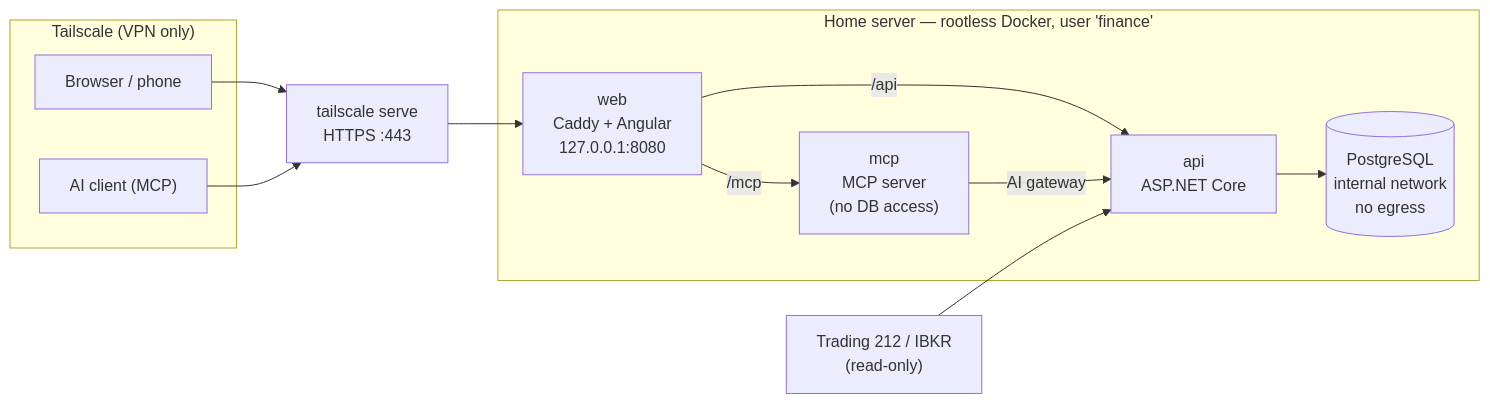
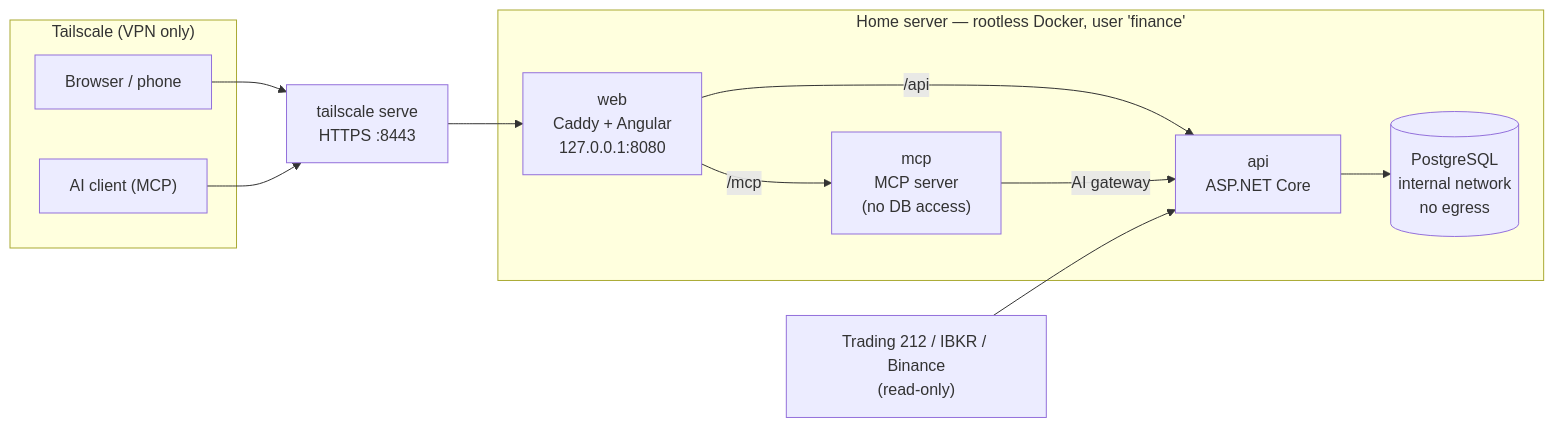
One commit to joaoguimaraespro/personal-finance changed the diagram in README.md. Above: the diagram before and after it, drawn with Mermaid. The commit also changed other lines of this file and 24 other files, not shown here.

````diff
--- a/README.md
+++ b/README.md
@@ -64,22 +104,22 @@
 ```mermaid
 flowchart LR
   subgraph Tailnet["Tailscale (VPN only)"]
     Browser["Browser / phone"]
     AI["AI client (MCP)"]
   end
-  TS["tailscale serve\nHTTPS :443"]
+  TS["tailscale serve\nHTTPS :8443"]
   Browser --> TS
   AI --> TS
   subgraph Host["Home server — rootless Docker, user 'finance'"]
     Web["web\nCaddy + Angular\n127.0.0.1:8080"]
     API["api\nASP.NET Core"]
     DB[("PostgreSQL\ninternal network\nno egress")]
     MCP["mcp\nMCP server\n(no DB access)"]
     Web -->|/api| API
     Web -->|/mcp| MCP
     MCP -->|AI gateway| API
     API --> DB
   end
   TS --> Web
-  Brokers["Trading 212 / IBKR\n(read-only)"] --> API
+  Brokers["Trading 212 / IBKR / Binance\n(read-only)"] --> API
 ```
````
